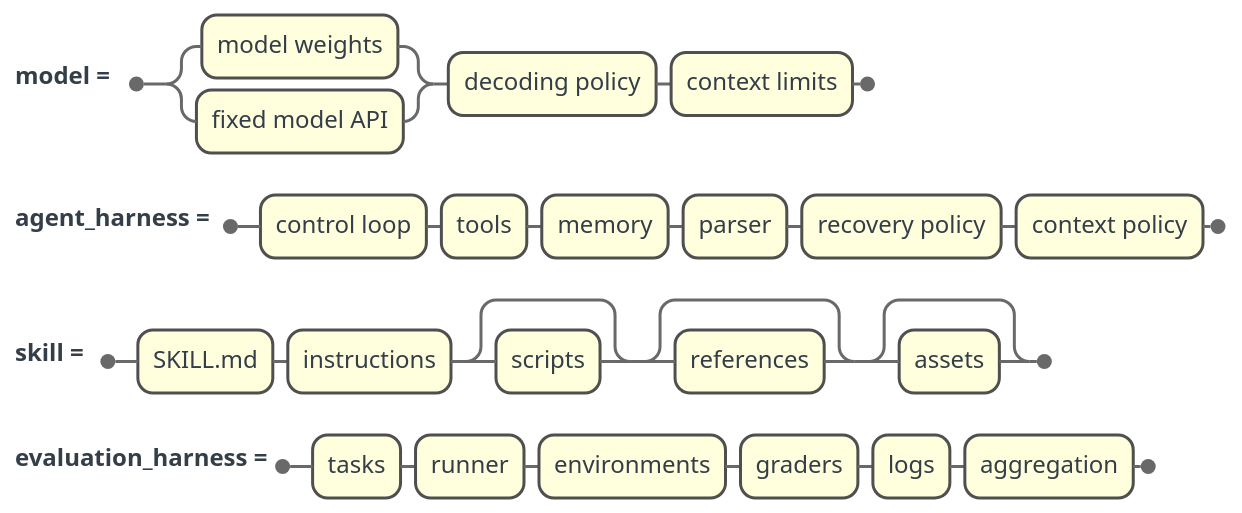
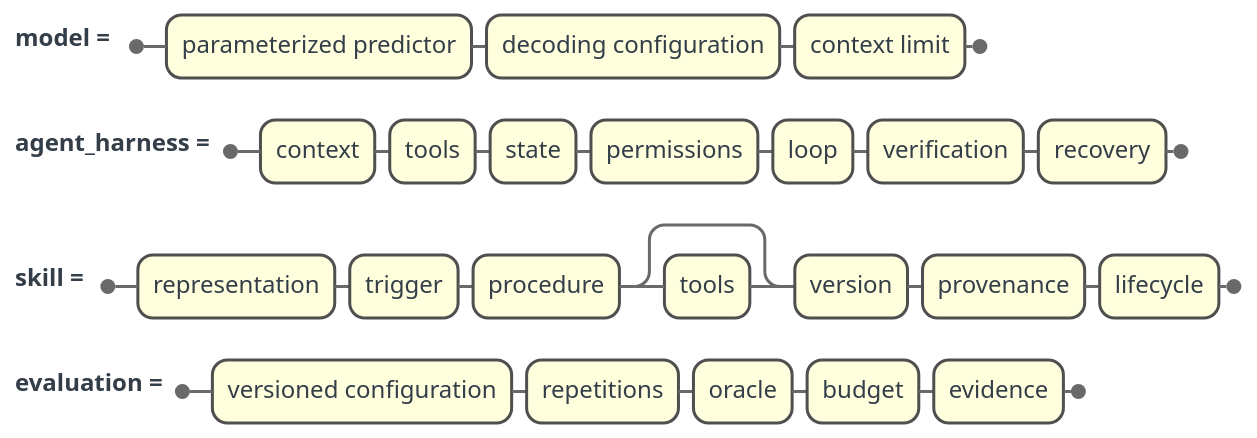
One commit to gvillarroel/blog changed the diagram in docs/assets/modern-skill-evaluation/definition-railroads.mmd. Above: the diagram before and after it, drawn with Mermaid. The commit also changed 26 other files, not shown here.

Commit message:
Revise modern skill evaluation guide

```diff
--- a/docs/assets/modern-skill-evaluation/definition-railroads.mmd
+++ b/docs/assets/modern-skill-evaluation/definition-railroads.mmd
@@ -1,41 +1,41 @@
 ---
 # mermaid: config begin
 config:
   theme: "base"
   themeVariables:
     background: "#ffffff"
     primaryColor: "#ffccd5"
     primaryTextColor: "#333e48"
     primaryBorderColor: "#9e1b32"
     secondaryColor: "#e7e7e7"
     secondaryTextColor: "#333e48"
     secondaryBorderColor: "#4f4f4f"
     tertiaryColor: "#e7e7e7"
     tertiaryTextColor: "#333e48"
     tertiaryBorderColor: "#9c9c9c"
     lineColor: "#696969"
     textColor: "#333e48"
     mainBkg: "#ffccd5"
     nodeBkg: "#ffccd5"
     nodeBorder: "#9e1b32"
     clusterBkg: "#e7e7e7"
     clusterBorder: "#9c9c9c"
     defaultLinkColor: "#696969"
     edgeLabelBackground: "#ffffff"
     labelColor: "#333e48"
     titleColor: "#333e48"
 # mermaid: config end
 # mermaid: metadata begin
 mermaid:
   colorset: "colorset1"
   mode: "standard"
   palette: "basic-red-neutral-style"
 # mermaid: metadata end
 ---
 railroad-ebnf-beta
 accTitle: Four artifact definitions for controlled skill evaluation
-accDescr: Four railroad productions define the model as its implementation, decoding policy, and context limits; the agent harness as its loop, tools, memory, parser, recovery, and context policy; the skill as SKILL.md plus instructions and optional scripts, references, and assets; and the evaluation harness as tasks, runner, environments, graders, logs, and aggregation.
-model = ( "model weights" | "fixed model API" ), "decoding policy", "context limits" ;
-agent_harness = "control loop", "tools", "memory", "parser", "recovery policy", "context policy" ;
-skill = "SKILL.md", "instructions", [ "scripts" ], [ "references" ], [ "assets" ] ;
-evaluation_harness = "tasks", "runner", "environments", "graders", "logs", "aggregation" ;
+accDescr: Four railroad productions define a model as a parameterized predictor with a decoding configuration and context limit; an agent harness as the executable control plane over context, tools, state, permissions, loop, verification, and recovery; a skill as a reusable capability artifact with representation, trigger, procedure, optional tools, version, provenance, and lifecycle; and evaluation as a protocol over a versioned configuration, repetitions, oracle, budget, and evidence.
+model = "parameterized predictor", "decoding configuration", "context limit" ;
+agent_harness = "context", "tools", "state", "permissions", "loop", "verification", "recovery" ;
+skill = "representation", "trigger", "procedure", [ "tools" ], "version", "provenance", "lifecycle" ;
+evaluation = "versioned configuration", "repetitions", "oracle", "budget", "evidence" ;
```
